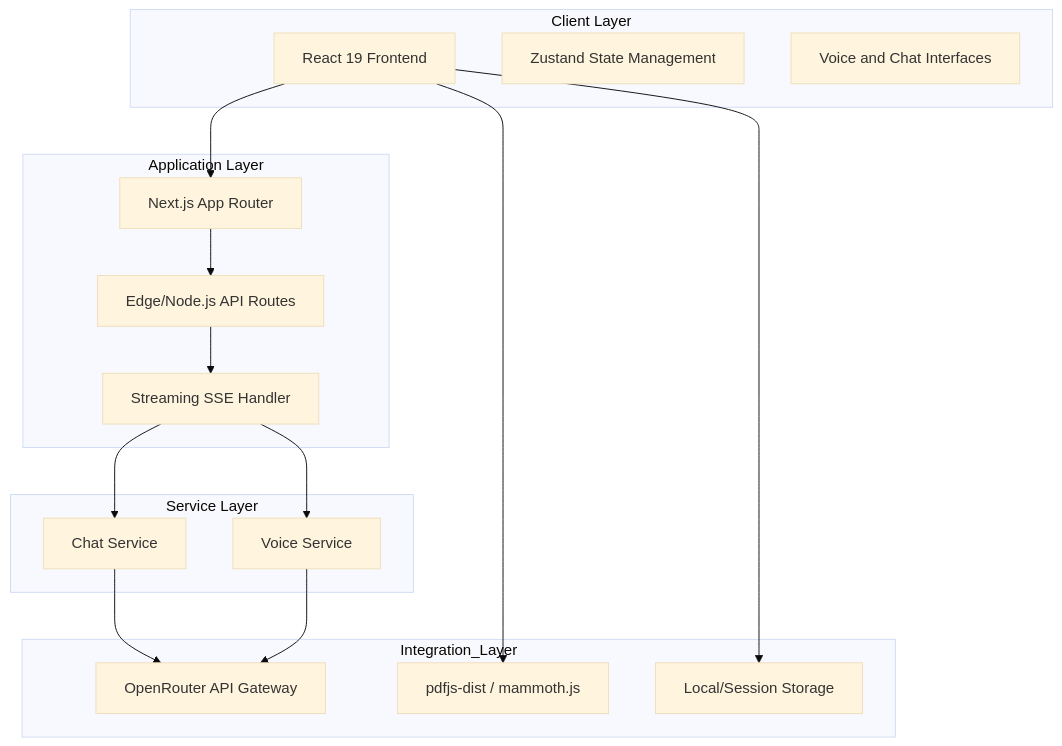
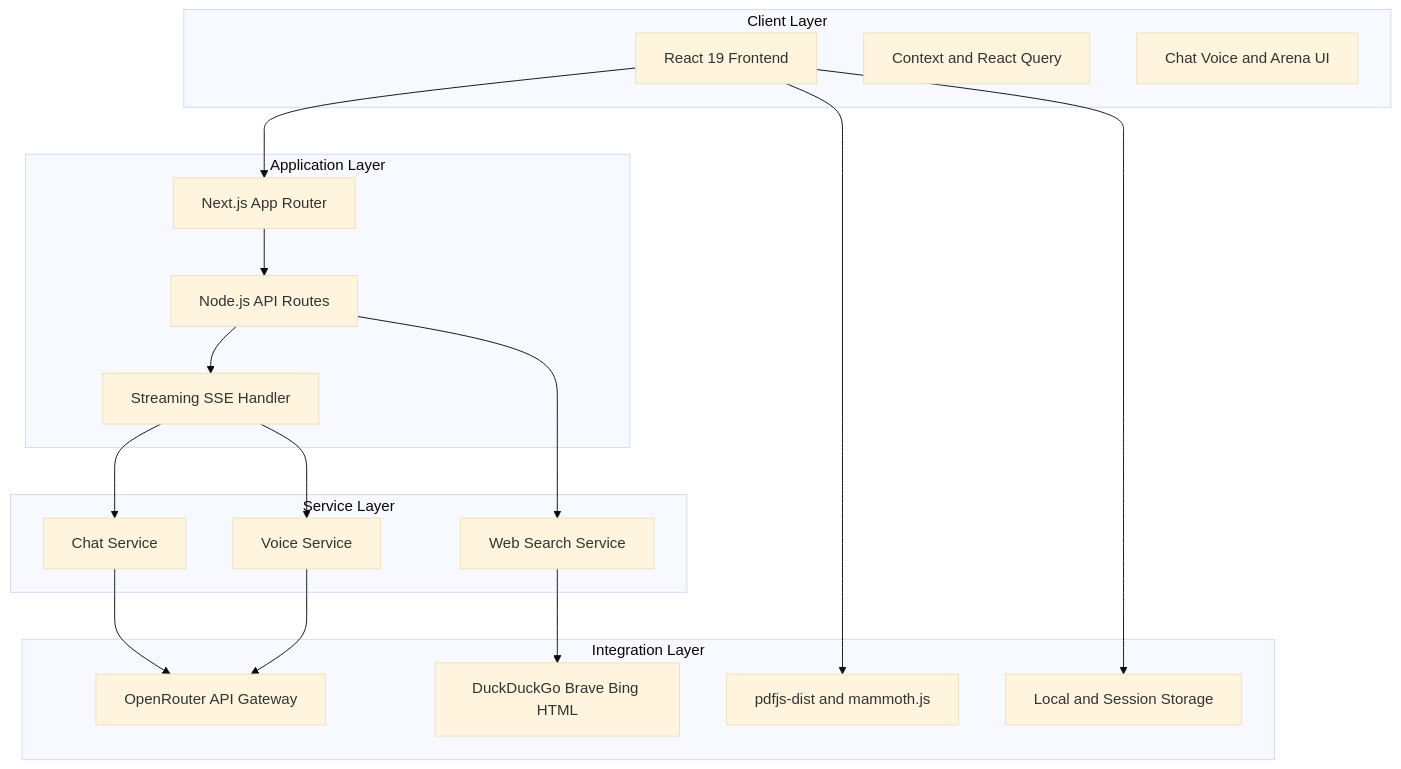
One commit to Suryanshu-Nabheet/AiBoT changed the first of 2 diagrams in docs/architecture.md. Above: the diagram before and after it, drawn with Mermaid (base theme). The commit also changed other lines of this file and 7 other files, not shown here.

First line of the commit message:
docs(web-search): document feature end-to-end across guides

````diff
--- a/docs/architecture.md
+++ b/docs/architecture.md
@@ -9,35 +9,39 @@
 ```mermaid
 graph TB
     subgraph Client_Layer [Client Layer]
         A[React 19 Frontend]
-        B[Zustand State Management]
-        C[Voice and Chat Interfaces]
+        B[Context and React Query]
+        C[Chat Voice and Arena UI]
     end
 
     subgraph Application_Layer [Application Layer]
         D[Next.js App Router]
-        E[Edge/Node.js API Routes]
+        E[Node.js API Routes]
         F[Streaming SSE Handler]
     end
 
     subgraph Service_Layer [Service Layer]
         G[Chat Service]
         H[Voice Service]
+        W[Web Search Service]
     end
 
-    subgraph Integration_Layer [Integration_Layer]
+    subgraph Integration_Layer [Integration Layer]
         J[OpenRouter API Gateway]
-        K[pdfjs-dist / mammoth.js]
-        L[Local/Session Storage]
+        K[pdfjs-dist and mammoth.js]
+        S[DuckDuckGo Brave Bing HTML]
+        L[Local and Session Storage]
     end
 
     A --> D
     A --> K
     D --> E
     E --> F
+    E --> W
+    W --> S
     F --> G
     G --> J
     F --> H
     H --> J
     A --> L
 ```
````
